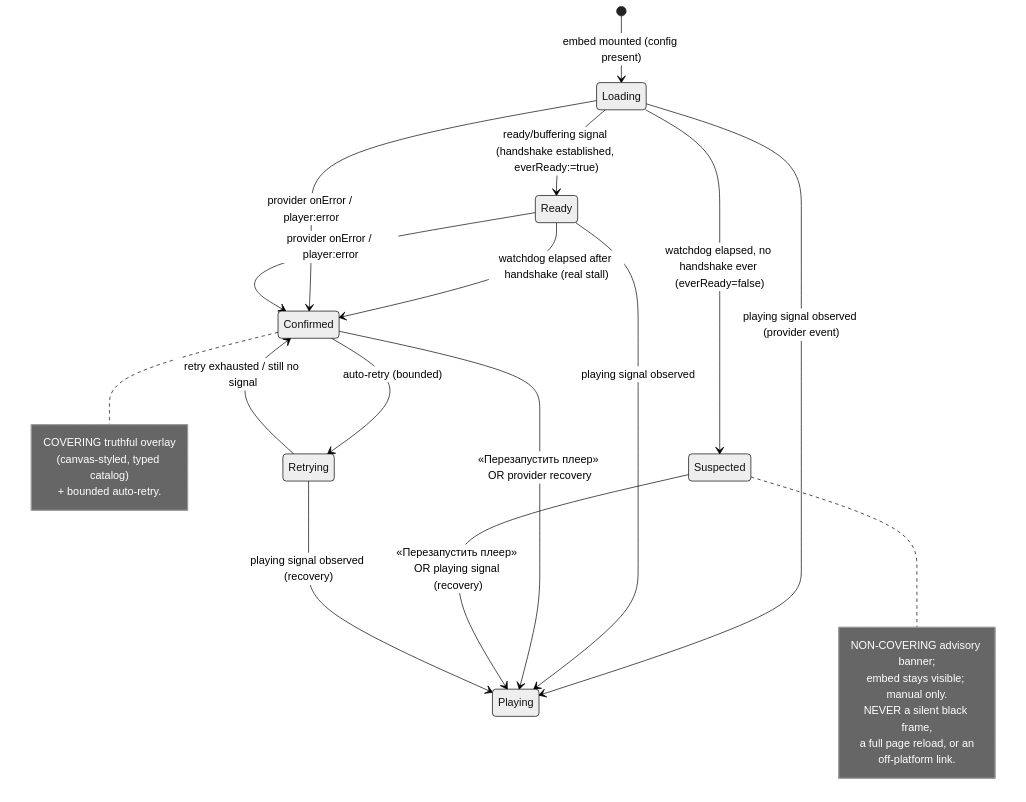
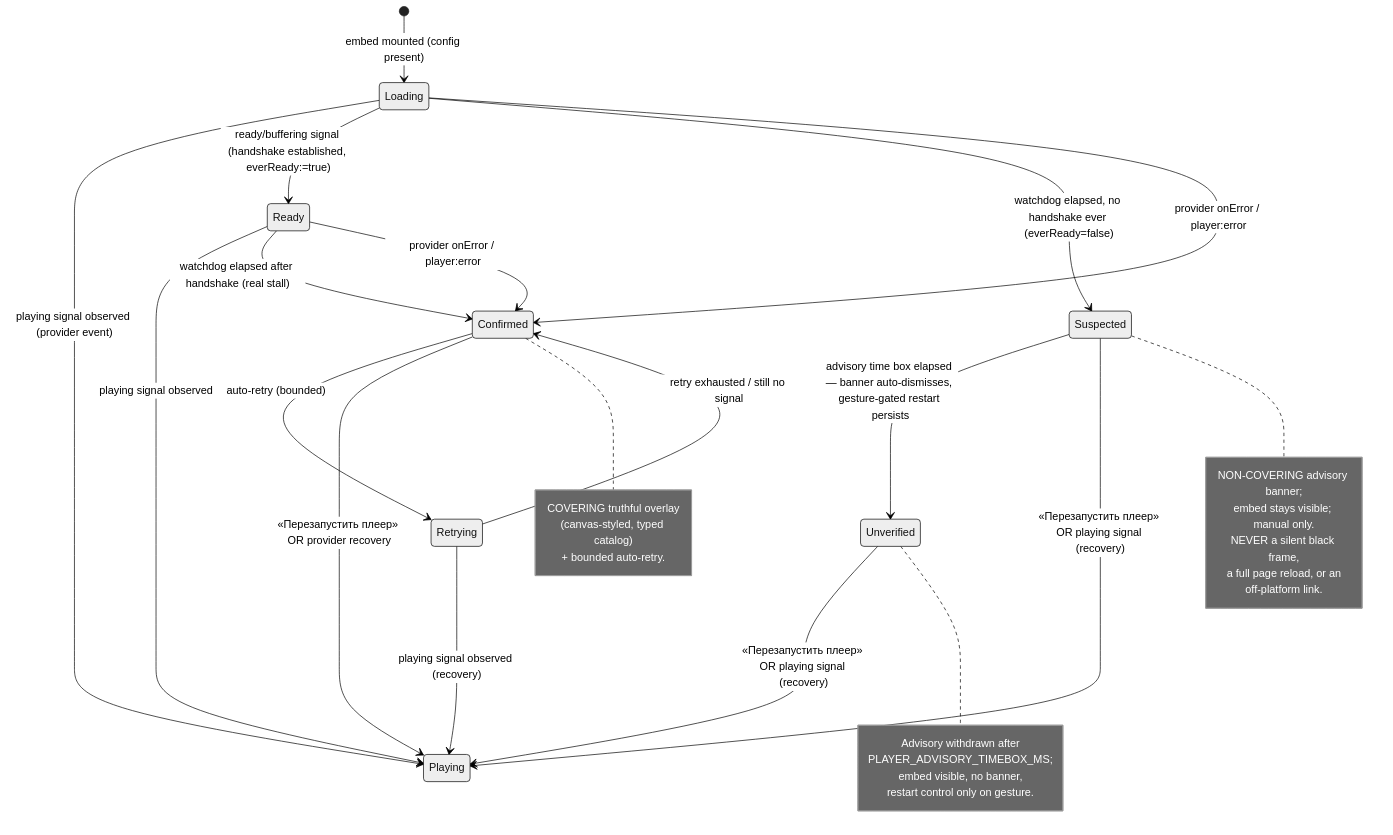
The fourth of 9 diagrams in apps/docs/content/specs/features/006-webinar-room/006-design.md (doctor-school/ds-platform), drawn with Mermaid (neutral theme) before and after one commit. The commit also changed other lines of this file and 3 other files, not shown here.

````diff
--- a/apps/docs/content/specs/features/006-webinar-room/006-design.md
+++ b/apps/docs/content/specs/features/006-webinar-room/006-design.md
@@ -116,28 +116,36 @@
 ```mermaid
 stateDiagram-v2
   [*] --> Loading: embed mounted (config present)
   Loading --> Playing: playing signal observed (provider event)
   Loading --> Ready: ready/buffering signal (handshake established, everReady:=true)
   Ready --> Playing: playing signal observed
   Loading --> Suspected: watchdog elapsed, no handshake ever (everReady=false)
+  Suspected --> Unverified: advisory time box elapsed — banner auto-dismisses, gesture-gated restart persists
+  Unverified --> Playing: «Перезапустить плеер» OR playing signal (recovery)
   Ready --> Confirmed: watchdog elapsed after handshake (real stall)
   Loading --> Confirmed: provider onError / player:error
   Ready --> Confirmed: provider onError / player:error
   Confirmed --> Retrying: auto-retry (bounded)
   Confirmed --> Playing: «Перезапустить плеер» OR provider recovery
   Suspected --> Playing: «Перезапустить плеер» OR playing signal (recovery)
   Retrying --> Playing: playing signal observed (recovery)
   Retrying --> Confirmed: retry exhausted / still no signal
   note right of Confirmed
     COVERING truthful overlay
     (canvas-styled, typed catalog)
     + bounded auto-retry.
   end note
+  note right of Unverified
+    Advisory withdrawn after
+    PLAYER_ADVISORY_TIMEBOX_MS;
+    embed visible, no banner,
+    restart control only on gesture.
+  end note
   note right of Suspected
     NON-COVERING advisory banner;
     embed stays visible; manual only.
     NEVER a silent black frame,
     a full page reload, or an
     off-platform link.
   end note
 ```
````
